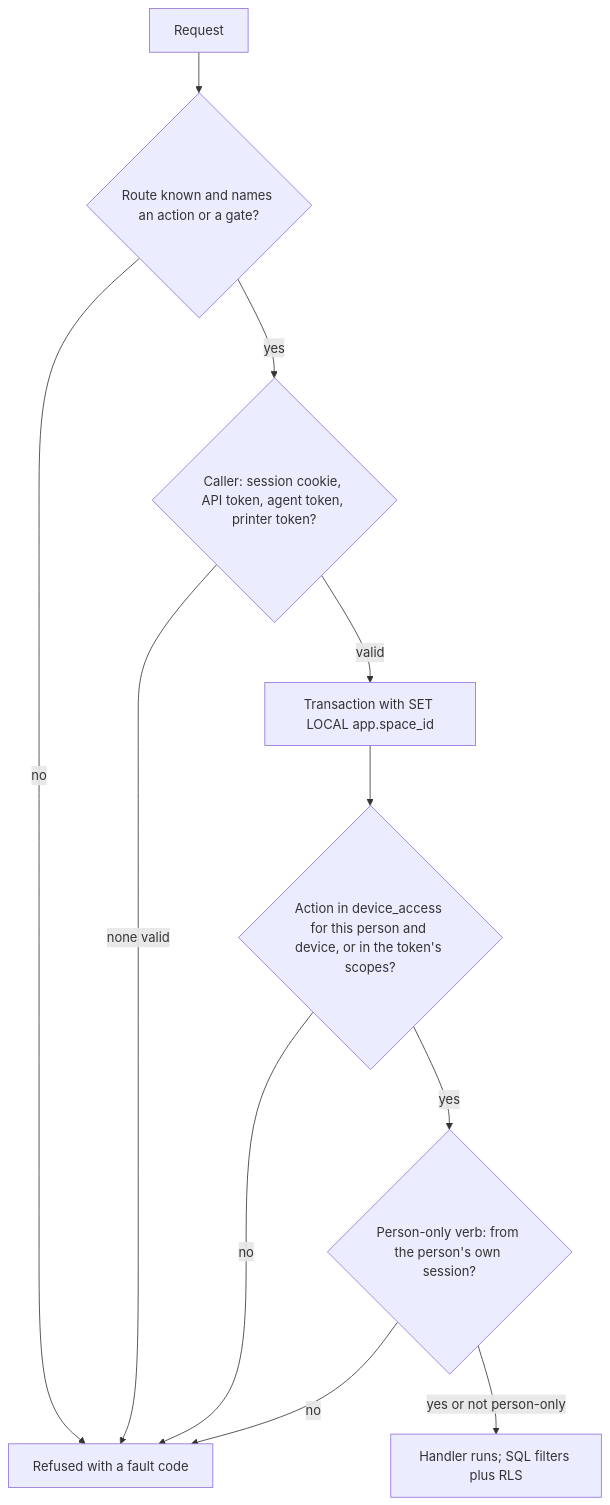
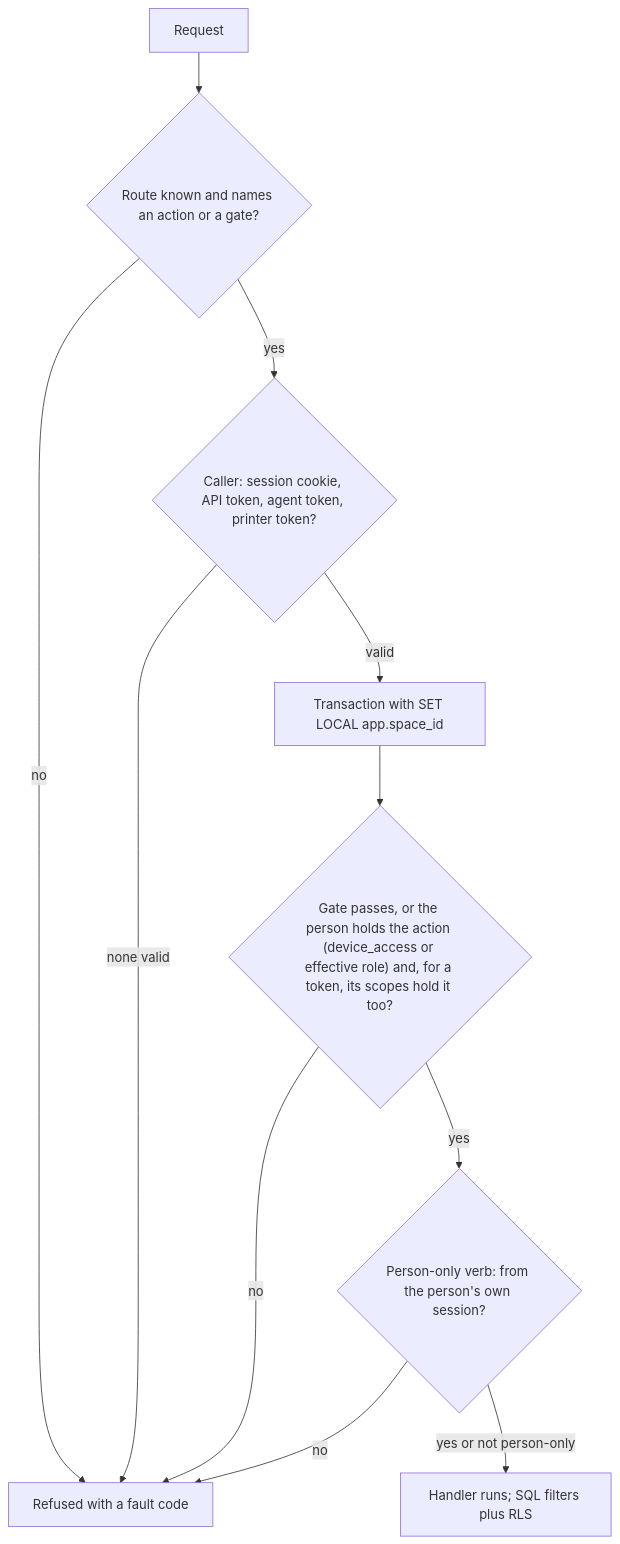
One commit to CuriousTimo/Maker-Connect changed the second of 2 diagrams in docs/design/authz.md. Above: the diagram before and after it, drawn with Mermaid. The commit also changed other lines of this file and 6 other files, not shown here.

````diff
--- a/docs/design/authz.md
+++ b/docs/design/authz.md
@@ -130,20 +141,20 @@
 ```mermaid
 flowchart TB
   r["Request"]
   route{"Route known and names an action or a gate?"}
   who{"Caller: session cookie, API token, agent token, printer token?"}
   tenant["Transaction with SET LOCAL app.space_id"]
-  act{"Action in device_access for this person and device, or in the token's scopes?"}
+  act{"Gate passes, or the person holds the action (device_access or effective role) and, for a token, its scopes hold it too?"}
   person{"Person-only verb: from the person's own session?"}
   ok["Handler runs; SQL filters plus RLS"]
   no["Refused with a fault code"]
   r --> route
   route -->|"no"| no
   route -->|"yes"| who
   who -->|"none valid"| no
   who -->|"valid"| tenant --> act
   act -->|"no"| no
   act -->|"yes"| person
   person -->|"no"| no
   person -->|"yes or not person-only"| ok
 ```
````
